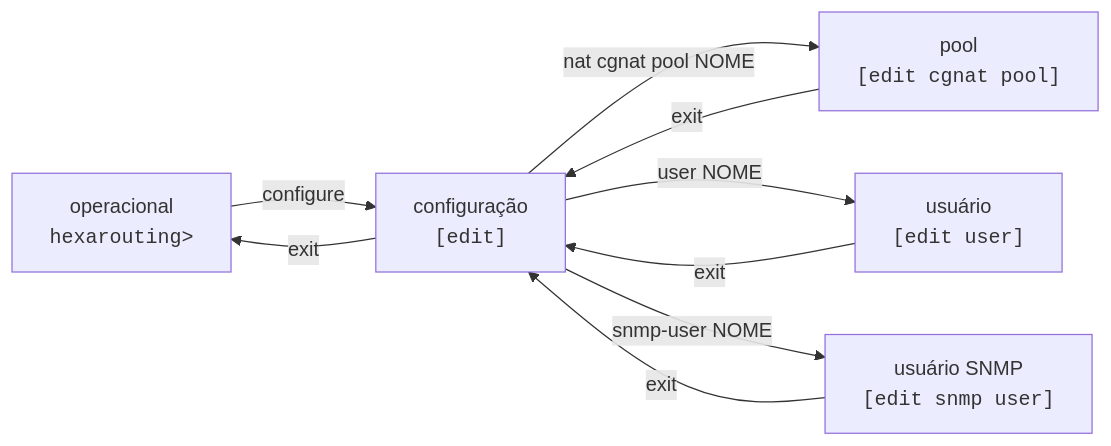
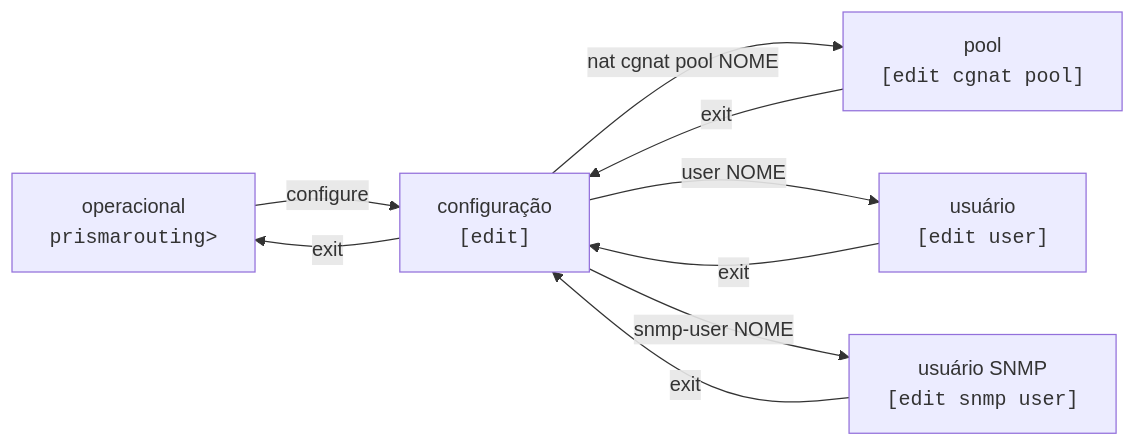
One commit to andrediashexa/prismarouting changed the diagram in wiki/referencia/vty-hexash-guia-de-uso/index.md. Above: the diagram before and after it, drawn with Mermaid. The commit also changed other lines of this file and 78 other files, not shown here.

````diff
--- a/wiki/referencia/vty-hexash-guia-de-uso/index.md
+++ b/wiki/referencia/vty-hexash-guia-de-uso/index.md
@@ -5,11 +5,11 @@
 ```mermaid
 flowchart LR
-    O["operacional<br/><code>hexarouting&gt;</code>"] -->|configure| G["configuração<br/><code>[edit]</code>"]
+    O["operacional<br/><code>prismarouting&gt;</code>"] -->|configure| G["configuração<br/><code>[edit]</code>"]
     G -->|"nat cgnat pool NOME"| P["pool<br/><code>[edit cgnat pool]</code>"]
     G -->|"user NOME"| U["usuário<br/><code>[edit user]</code>"]
     G -->|"snmp-user NOME"| SU["usuário SNMP<br/><code>[edit snmp user]</code>"]
     P -->|exit| G
     U -->|exit| G
     SU -->|exit| G
     G -->|exit| O
 ```
````
